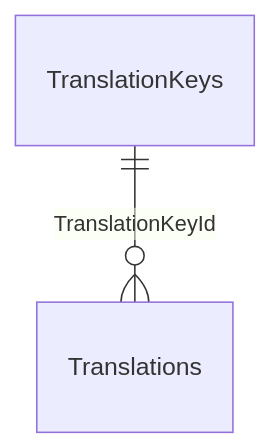
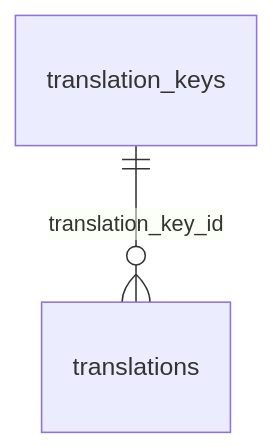
One commit to MutebAlMughyiri/redix-api changed the eighth of 8 diagrams in docs/database.md. Above: the diagram before and after it, drawn with Mermaid. The commit also changed other lines of this file, not shown here.

````diff
--- a/docs/database.md
+++ b/docs/database.md
@@ -1082,4 +1141,4 @@
 ```mermaid
 erDiagram
-    TranslationKeys ||--o{ Translations : "TranslationKeyId"
+    translation_keys ||--o{ translations : "translation_key_id"
 ```
````
